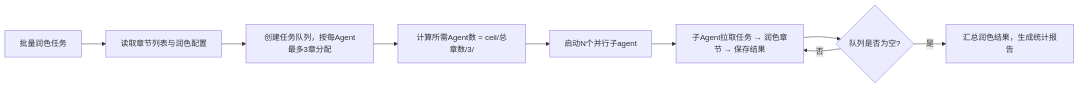
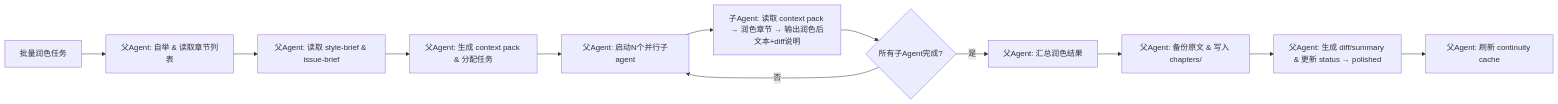
Before and after one commit to wq1131173682/wqsumeru: the diagram in skills/sumeru-polish/SKILL.md, drawn with Mermaid. The commit also changed other lines of this file and 4 other files, not shown here.

````diff
--- a/skills/sumeru-polish/SKILL.md
+++ b/skills/sumeru-polish/SKILL.md
@@ -104,11 +118,14 @@
 ```mermaid
 flowchart LR
-    A[批量润色任务] --> B[读取章节列表与润色配置]
-    B --> C[创建任务队列，按每Agent最多3章分配]
-    C --> D[计算所需Agent数 = ceil/总章数/3/]
-    D --> E[启动N个并行子agent]
-    E --> F[子Agent拉取任务 → 润色章节 → 保存结果]
-    F --> G{队列是否为空?}
-    G -->|否| F
-    G -->|是| H[汇总润色结果，生成统计报告]
+    A[批量润色任务] --> B[父Agent: 自举 & 读取章节列表]
+    B --> C[父Agent: 读取 style-brief & issue-brief]
+    C --> D[父Agent: 生成 context pack & 分配任务]
+    D --> E[父Agent: 启动N个并行子agent]
+    E --> F[子Agent: 读取 context pack → 润色章节 → 输出润色后文本+diff说明]
+    F --> G{所有子Agent完成?}
+    G -->|否| E
+    G -->|是| H[父Agent: 汇总润色结果]
+    H --> I[父Agent: 备份原文 & 写入 chapters/]
+    I --> J[父Agent: 生成 diff/summary & 更新 status → polished]
+    J --> K[父Agent: 刷新 continuity cache]
 ```
````
